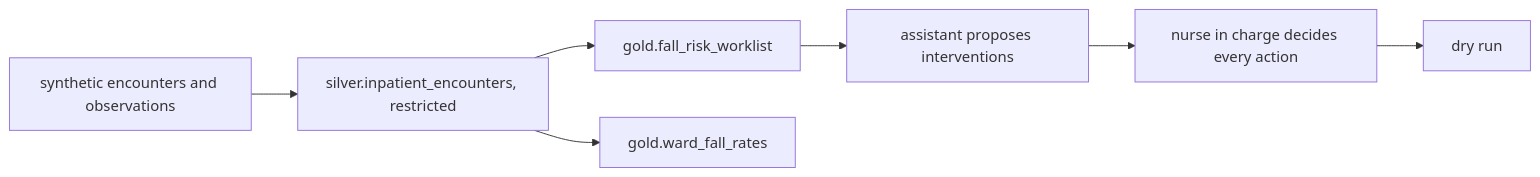
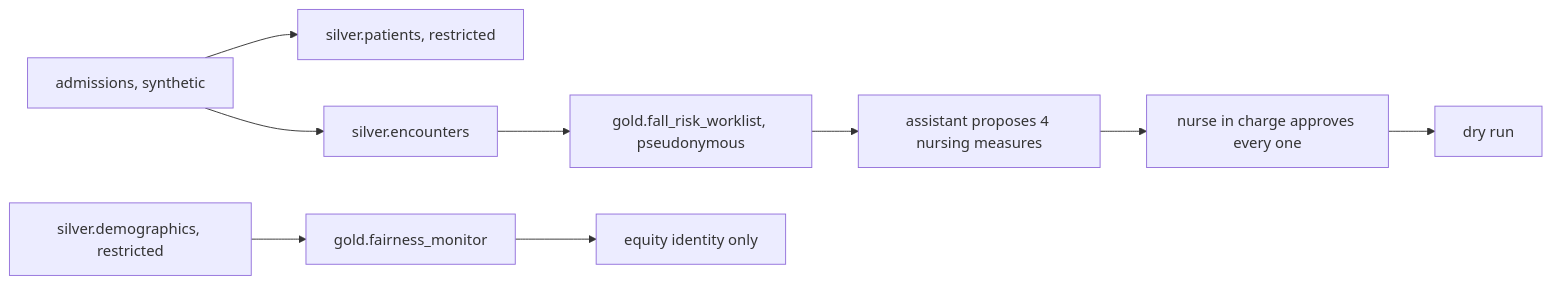
One commit to jagadishmazure-jpg/Jagadish-agentic-data-layer changed the diagram in domains/healthcare/README.md. Above: the diagram before and after it, drawn with Mermaid. The commit also changed other lines of this file and 24 other files, not shown here.

````diff
--- a/domains/healthcare/README.md
+++ b/domains/healthcare/README.md
@@ -26,9 +47,11 @@
 ```mermaid
 flowchart LR
-  EHR[synthetic encounters and observations] --> S[silver.inpatient_encounters, restricted]
-  S --> W[gold.fall_risk_worklist]
-  S --> R[gold.ward_fall_rates]
-  W --> AG[assistant proposes interventions]
-  AG --> N[nurse in charge decides every action]
+  ADT[admissions, synthetic] --> P[silver.patients, restricted]
+  ADT --> E[silver.encounters]
+  DEM[silver.demographics, restricted] --> FM[gold.fairness_monitor]
+  E --> WL[gold.fall_risk_worklist, pseudonymous]
+  WL --> AG[assistant proposes 4 nursing measures]
+  AG --> N[nurse in charge approves every one]
   N --> DR[dry run]
+  FM --> EQ[equity identity only]
 ```
````
